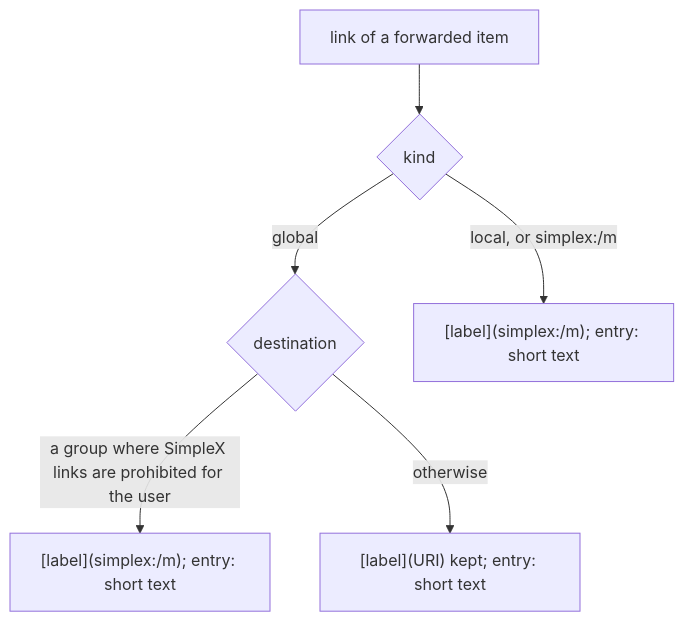
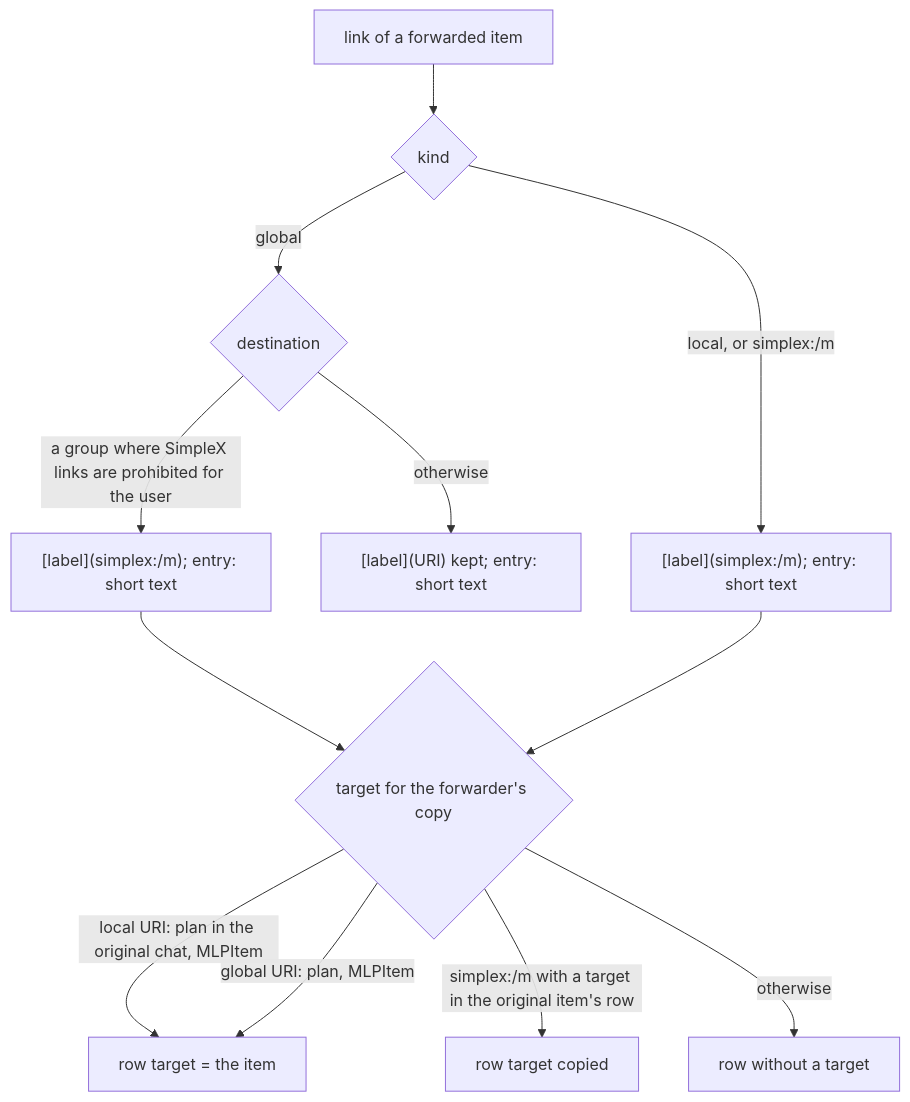
The fifth of 7 diagrams in plans/2026-11-22-message-references.md (evgeny-simplex/simplex-chat), drawn with Mermaid before and after one commit. The commit also changed other lines of this file, not shown here.

Commit message:
core: keep link targets in the forwarder's copy in message links plan

````diff
--- a/plans/2026-11-22-message-references.md
+++ b/plans/2026-11-22-message-references.md
@@ -487,8 +488,14 @@
 ```mermaid
 flowchart TD
   F[link of a forwarded item] --> T{kind}
   T -->|global| G{destination}
   G -->|a group where SimpleX links are prohibited for the user| GL["[label](simplex:/m); entry: short text"]
   G -->|otherwise| GK["[label](URI) kept; entry: short text"]
   T -->|local, or simplex:/m| LT["[label](simplex:/m); entry: short text"]
+  GL --> R{target for the forwarder's copy}
+  LT --> R
+  R -->|local URI: plan in the original chat, MLPItem| RT[row target = the item]
+  R -->|global URI: plan, MLPItem| RT
+  R -->|simplex:/m with a target in the original item's row| RC[row target copied]
+  R -->|otherwise| RN[row without a target]
 ```
````
